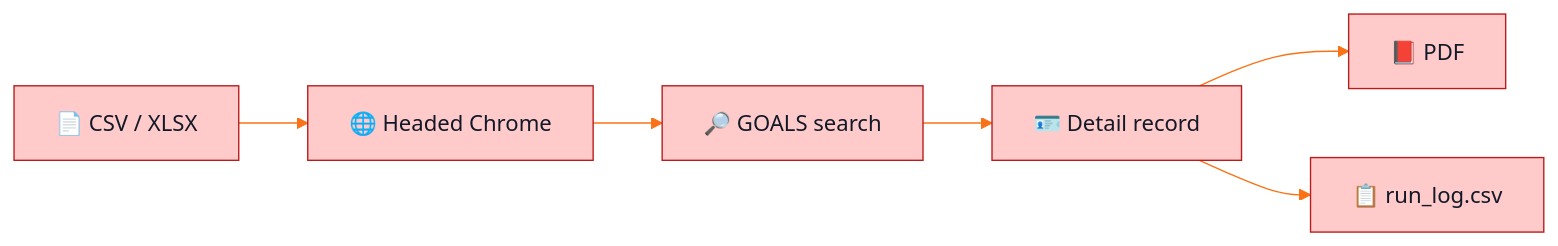
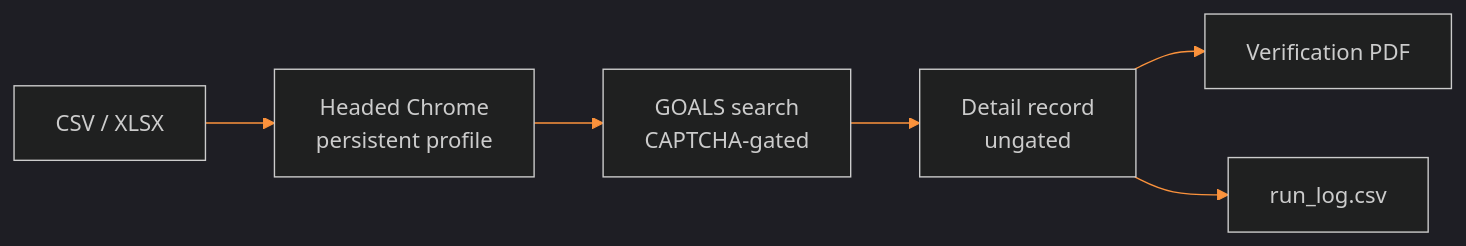
Before and after one commit to Manoj-calpion/anaga-automation: the diagram in README.md, drawn with Mermaid. The commit also changed other lines of this file, not shown here.

Commit message:
Redesign README as an operations cockpit for the GOALS lookup pipeline.

````diff
--- a/README.md
+++ b/README.md
@@ -38,9 +77,9 @@
 ```mermaid
-%%{init: {'theme': 'base', 'themeVariables': { 'primaryColor': '#fecaca', 'primaryTextColor': '#111827', 'primaryBorderColor': '#b91c1c', 'lineColor': '#f97316', 'secondaryColor': '#bbf7d0', 'tertiaryColor': '#fde68a'}}}%%
+%%{init: {'theme': 'dark', 'themeVariables': { 'primaryColor': '#7f1d1d', 'primaryTextColor': '#f8fafc', 'primaryBorderColor': '#fca5a5', 'lineColor': '#fb923c', 'secondaryColor': '#14532d', 'tertiaryColor': '#1e3a8a', 'fontSize': '16px'}}}%%
 flowchart LR
-  A["📄 CSV / XLSX"] --> B["🌐 Headed Chrome"]
-  B --> C["🔎 GOALS search"]
-  C --> D["🪪 Detail record"]
-  D --> E["📕 PDF"]
-  D --> F["📋 run_log.csv"]
+  I["CSV / XLSX"] --> C["Headed Chrome<br/>persistent profile"]
+  C --> S["GOALS search<br/>CAPTCHA-gated"]
+  S --> D["Detail record<br/>ungated"]
+  D --> P["Verification PDF"]
+  D --> L["run_log.csv"]
 ```
````
